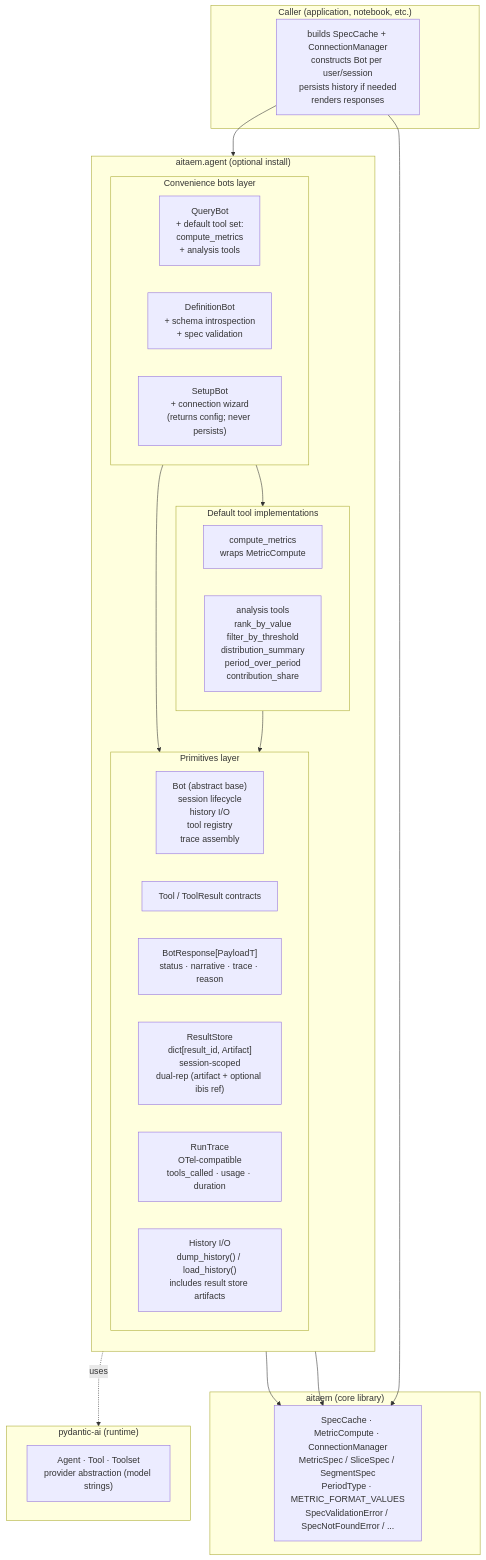
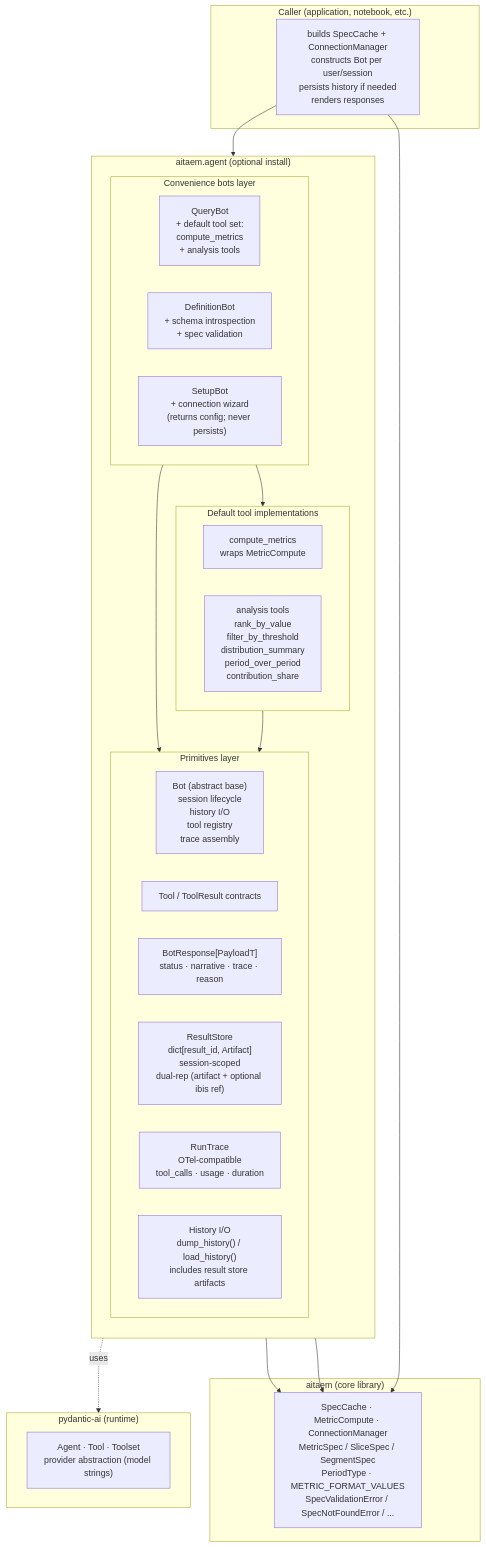
One commit to chaturv3di/aitaem changed the first of 2 diagrams in plans/agent_module/03-component-architecture.md. Above: the diagram before and after it, drawn with Mermaid. The commit also changed other lines of this file and 1 other file, not shown here.

Commit message:
docs: fix stale RunTrace.tools_called references to tool_calls
plans/agent_module/02-architectural-decisions.md and
03-component-architecture.md referenced a tools_called field that was
never implemented; the actual RunTrace field is tool_calls.

````diff
--- a/plans/agent_module/03-component-architecture.md
+++ b/plans/agent_module/03-component-architecture.md
@@ -11,49 +11,49 @@
 ```mermaid
 flowchart TB
     subgraph aitaem["aitaem (core library)"]
         Core["SpecCache · MetricCompute · ConnectionManager<br/>MetricSpec / SliceSpec / SegmentSpec<br/>PeriodType · METRIC_FORMAT_VALUES<br/>SpecValidationError / SpecNotFoundError / ..."]
     end
 
     subgraph agentmod["aitaem.agent (optional install)"]
         direction TB
 
         subgraph primitives["Primitives layer"]
             BotBase["Bot (abstract base)<br/>session lifecycle<br/>history I/O<br/>tool registry<br/>trace assembly"]
             ToolBase["Tool / ToolResult contracts"]
             RespBase["BotResponse[PayloadT]<br/>status · narrative · trace · reason"]
             Store["ResultStore<br/>dict[result_id, Artifact]<br/>session-scoped<br/>dual-rep (artifact + optional ibis ref)"]
-            Trace["RunTrace<br/>OTel-compatible<br/>tools_called · usage · duration"]
+            Trace["RunTrace<br/>OTel-compatible<br/>tool_calls · usage · duration"]
             History["History I/O<br/>dump_history() / load_history()<br/>includes result store artifacts"]
         end
 
         subgraph bots["Convenience bots layer"]
             QB["QueryBot<br/>+ default tool set:<br/>compute_metrics<br/>+ analysis tools"]
             DB["DefinitionBot<br/>+ schema introspection<br/>+ spec validation"]
             SB["SetupBot<br/>+ connection wizard<br/>(returns config; never persists)"]
         end
 
         subgraph defaulttools["Default tool implementations"]
             CM["compute_metrics<br/>wraps MetricCompute"]
             Analysis["analysis tools<br/>rank_by_value<br/>filter_by_threshold<br/>distribution_summary<br/>period_over_period<br/>contribution_share"]
         end
 
         bots --> primitives
         bots --> defaulttools
         defaulttools --> primitives
     end
 
     subgraph pydanticai["pydantic-ai (runtime)"]
         Agent["Agent · Tool · Toolset<br/>provider abstraction (model strings)"]
     end
 
     primitives -.uses.-> pydanticai
     defaulttools --> Core
     bots --> Core
 
     subgraph caller["Caller (application, notebook, etc.)"]
         App["builds SpecCache + ConnectionManager<br/>constructs Bot per user/session<br/>persists history if needed<br/>renders responses"]
     end
 
     App --> bots
     App --> Core
 ```
````
